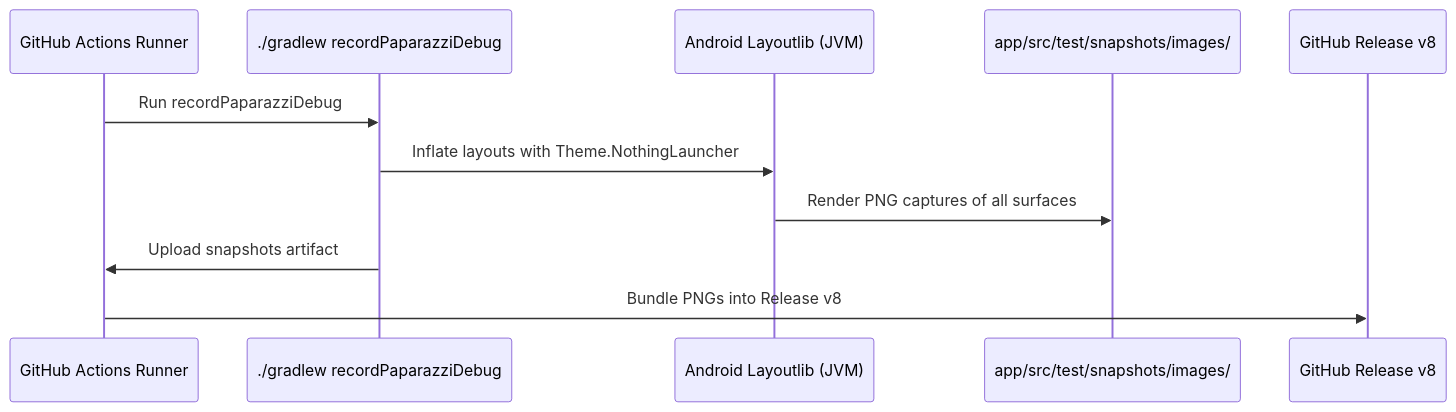
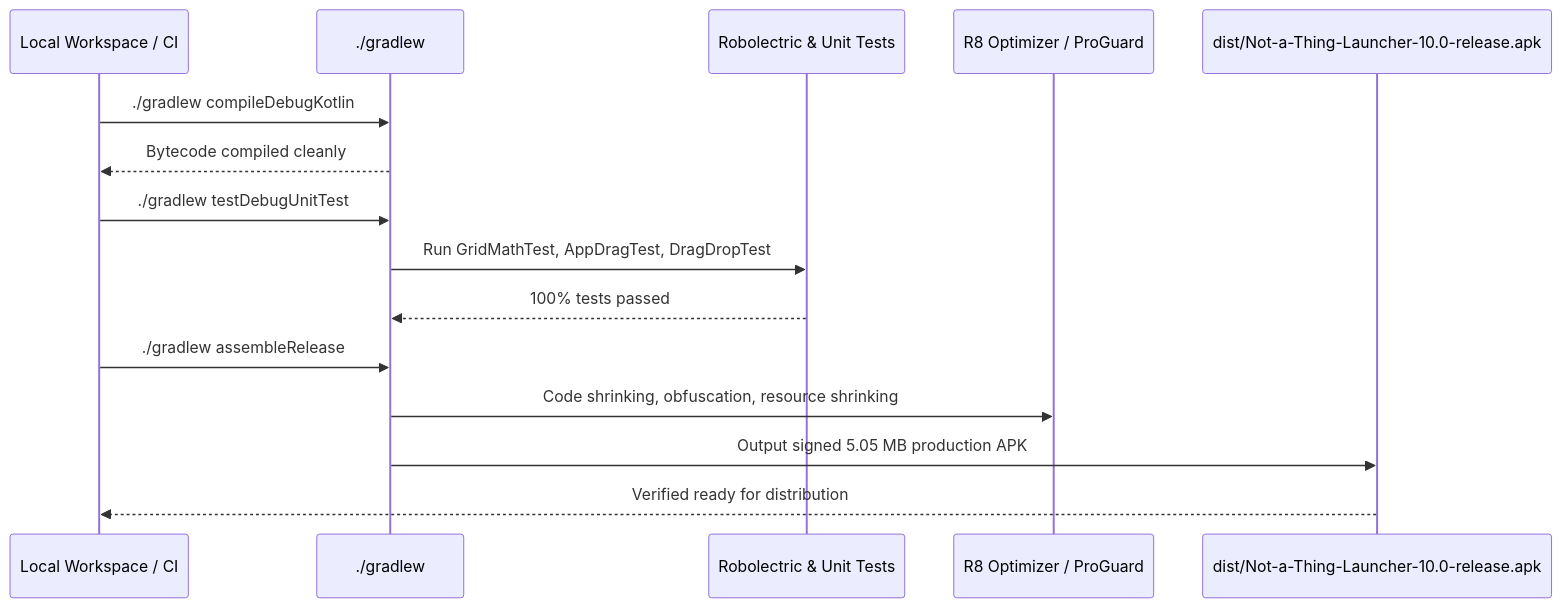
One commit to alakmar344/Not-a-thing-launcher changed the second of 2 diagrams in docs/ARCHITECTURE.md. Above: the diagram before and after it, drawn with Mermaid. The commit also changed other lines of this file and 3 other files, not shown here.

Commit message:
docs: deeply update ARCHITECTURE, FEATURES, SCREENSHOTS, and RELEASE_V10 for v10.0 GA

````diff
--- a/docs/ARCHITECTURE.md
+++ b/docs/ARCHITECTURE.md
@@ -135,14 +156,18 @@
 ```mermaid
 sequenceDiagram
-    participant CI as GitHub Actions Runner
-    participant Gradle as ./gradlew recordPaparazziDebug
-    participant Layoutlib as Android Layoutlib (JVM)
-    participant Snapshots as app/src/test/snapshots/images/
-    participant Artifacts as GitHub Release v8
+    participant Dev as Local Workspace / CI
+    participant Gradle as ./gradlew
+    participant Tests as Robolectric & Unit Tests
+    participant R8 as R8 Optimizer / ProGuard
+    participant APK as dist/Not-a-Thing-Launcher-10.0-release.apk
 
-    CI->>Gradle: Run recordPaparazziDebug
-    Gradle->>Layoutlib: Inflate layouts with Theme.NothingLauncher
-    Layoutlib->>Snapshots: Render PNG captures of all surfaces
-    Gradle->>CI: Upload snapshots artifact
-    CI->>Artifacts: Bundle PNGs into Release v8
+    Dev->>Gradle: ./gradlew compileDebugKotlin
+    Gradle-->>Dev: Bytecode compiled cleanly
+    Dev->>Gradle: ./gradlew testDebugUnitTest
+    Gradle->>Tests: Run GridMathTest, AppDragTest, DragDropTest
+    Tests-->>Gradle: 100% tests passed
+    Dev->>Gradle: ./gradlew assembleRelease
+    Gradle->>R8: Code shrinking, obfuscation, resource shrinking
+    Gradle->>APK: Output signed 5.05 MB production APK
+    APK-->>Dev: Verified ready for distribution
 ```
````
